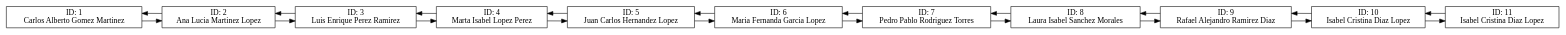
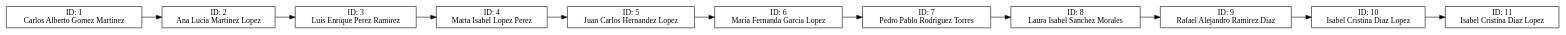
One commit to davidnfg/-EDD-1S2025_202307499 changed the diagram in Fase1/reporte_usuarios.dot. Above: the diagram before and after it, drawn with Graphviz. The commit also changed 24 other files, not shown here.

```diff
--- a/Fase1/reporte_usuarios.dot
+++ b/Fase1/reporte_usuarios.dot
@@ -1,36 +1,26 @@
 digraph ReporteUsuarios {
     rankdir=LR;
     node [shape=record];
     1 [label="ID: 1\nCarlos Alberto Gomez Martinez"];
     1 -> 2;
-    2 -> 1;
     2 [label="ID: 2\nAna Lucia Martinez Lopez"];
     2 -> 3;
-    3 -> 2;
     3 [label="ID: 3\nLuis Enrique Perez Ramirez"];
     3 -> 4;
-    4 -> 3;
     4 [label="ID: 4\nMarta Isabel Lopez Perez"];
     4 -> 5;
-    5 -> 4;
     5 [label="ID: 5\nJuan Carlos Hernandez Lopez"];
     5 -> 6;
-    6 -> 5;
     6 [label="ID: 6\nMaria Fernanda Garcia Lopez"];
     6 -> 7;
-    7 -> 6;
     7 [label="ID: 7\nPedro Pablo Rodriguez Torres"];
     7 -> 8;
-    8 -> 7;
     8 [label="ID: 8\nLaura Isabel Sanchez Morales"];
     8 -> 9;
-    9 -> 8;
     9 [label="ID: 9\nRafael Alejandro Ramirez Diaz"];
     9 -> 10;
-    10 -> 9;
     10 [label="ID: 10\nIsabel Cristina Diaz Lopez"];
     10 -> 11;
-    11 -> 10;
     11 [label="ID: 11\nIsabel Cristina Diaz Lopez"];
 
 }
```
